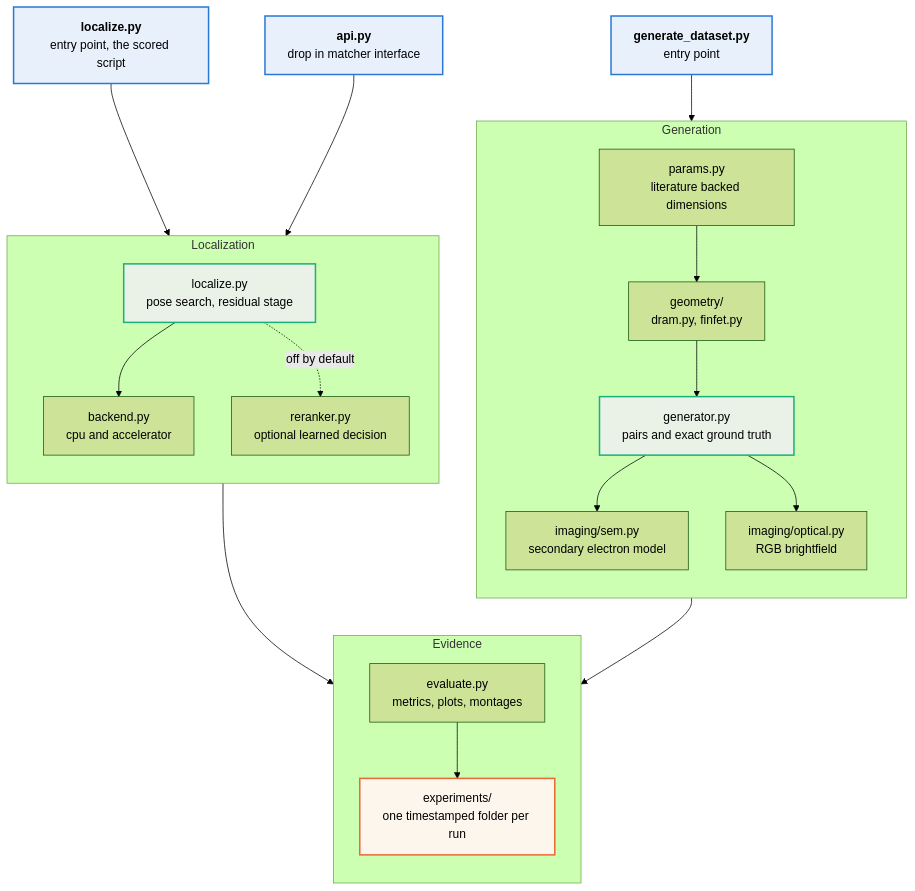
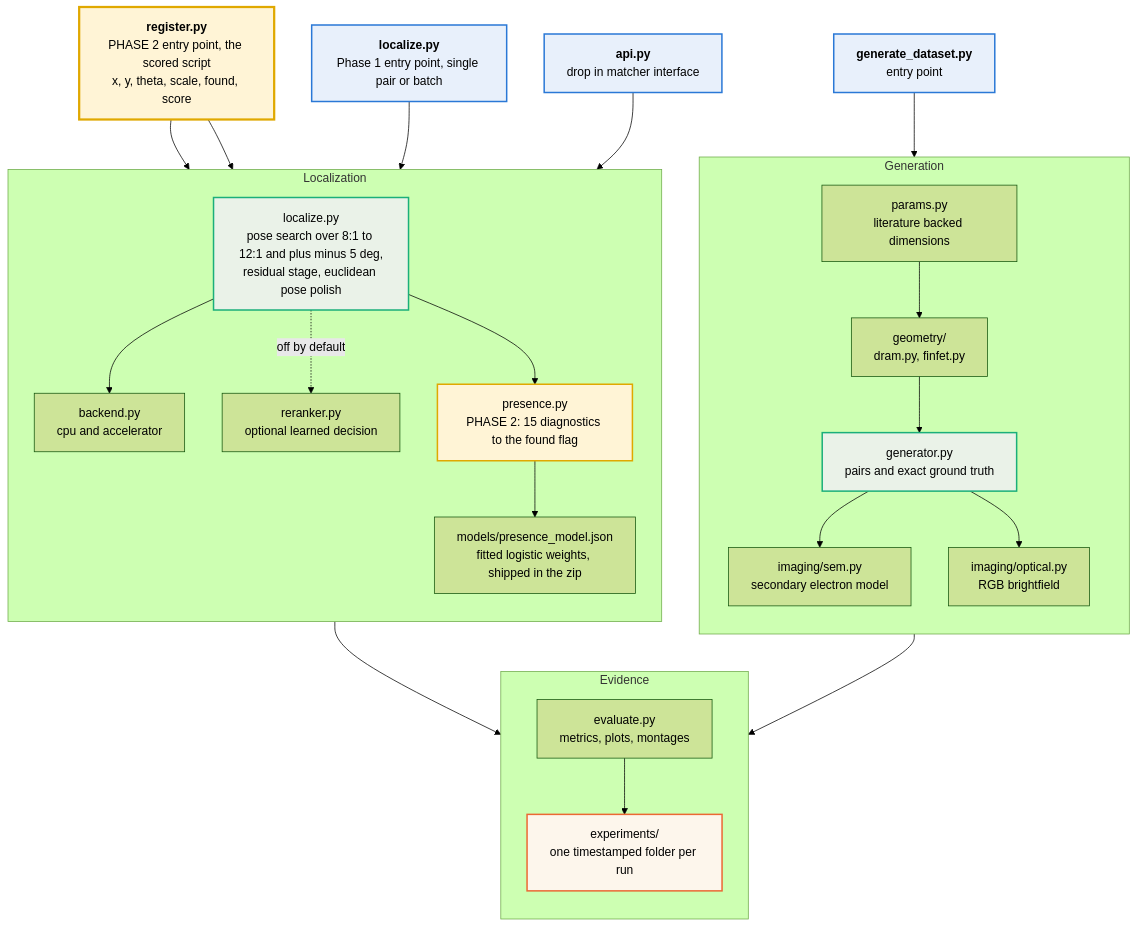
Before and after one commit to kushal-script/Atlas: the second of 2 diagrams in README.md, drawn with Mermaid (forest theme). The commit also changed other lines of this file and 3 other files, not shown here.

````diff
--- a/README.md
+++ b/README.md
@@ -323,38 +369,45 @@
 ```mermaid
 flowchart TB
+    R1["<b>register.py</b><br/>PHASE 2 entry point, the scored script<br/>x, y, theta, scale, found, score"]
     G1["<b>generate_dataset.py</b><br/>entry point"]
-    L1["<b>localize.py</b><br/>entry point, the scored script"]
+    L1["<b>localize.py</b><br/>Phase 1 entry point, single pair or batch"]
     API["<b>api.py</b><br/>drop in matcher interface"]
 
     subgraph gen["Generation"]
         direction TB
         P["params.py<br/>literature backed dimensions"] --> GEO["geometry/<br/>dram.py, finfet.py"]
         GEO --> GN["generator.py<br/>pairs and exact ground truth"]
         GN --> SEM["imaging/sem.py<br/>secondary electron model"]
         GN --> OPT["imaging/optical.py<br/>RGB brightfield"]
     end
 
     subgraph loc["Localization"]
         direction TB
-        LZ["localize.py<br/>pose search, residual stage"] --> BK["backend.py<br/>cpu and accelerator"]
+        LZ["localize.py<br/>pose search over 8:1 to 12:1 and plus minus 5 deg,<br/>residual stage, euclidean pose polish"] --> BK["backend.py<br/>cpu and accelerator"]
         LZ -. "off by default" .-> RR["reranker.py<br/>optional learned decision"]
+        LZ --> PR["presence.py<br/>PHASE 2: 15 diagnostics to the found flag"]
+        PR --> MW["models/presence_model.json<br/>fitted logistic weights, shipped in the zip"]
     end
 
     subgraph ev["Evidence"]
         direction TB
         EV["evaluate.py<br/>metrics, plots, montages"] --> EX["experiments/<br/>one timestamped folder per run"]
     end
 
     G1 --> P
+    R1 --> LZ
+    R1 --> PR
     L1 --> LZ
     API --> LZ
     GN --> EV
     LZ --> EV
 
+    style R1 fill:#fff4d6,stroke:#E0A800,stroke-width:3px
+    style PR fill:#fff4d6,stroke:#E0A800,stroke-width:2px
     style G1 fill:#e8f0fb,stroke:#2A78D6,stroke-width:2px
     style L1 fill:#e8f0fb,stroke:#2A78D6,stroke-width:2px
     style API fill:#e8f0fb,stroke:#2A78D6,stroke-width:2px
     style GN fill:#eaf2e8,stroke:#1BAF7A,stroke-width:2px
     style LZ fill:#eaf2e8,stroke:#1BAF7A,stroke-width:2px
     style EX fill:#fdf6ec,stroke:#EB6834,stroke-width:2px
 ```
````
